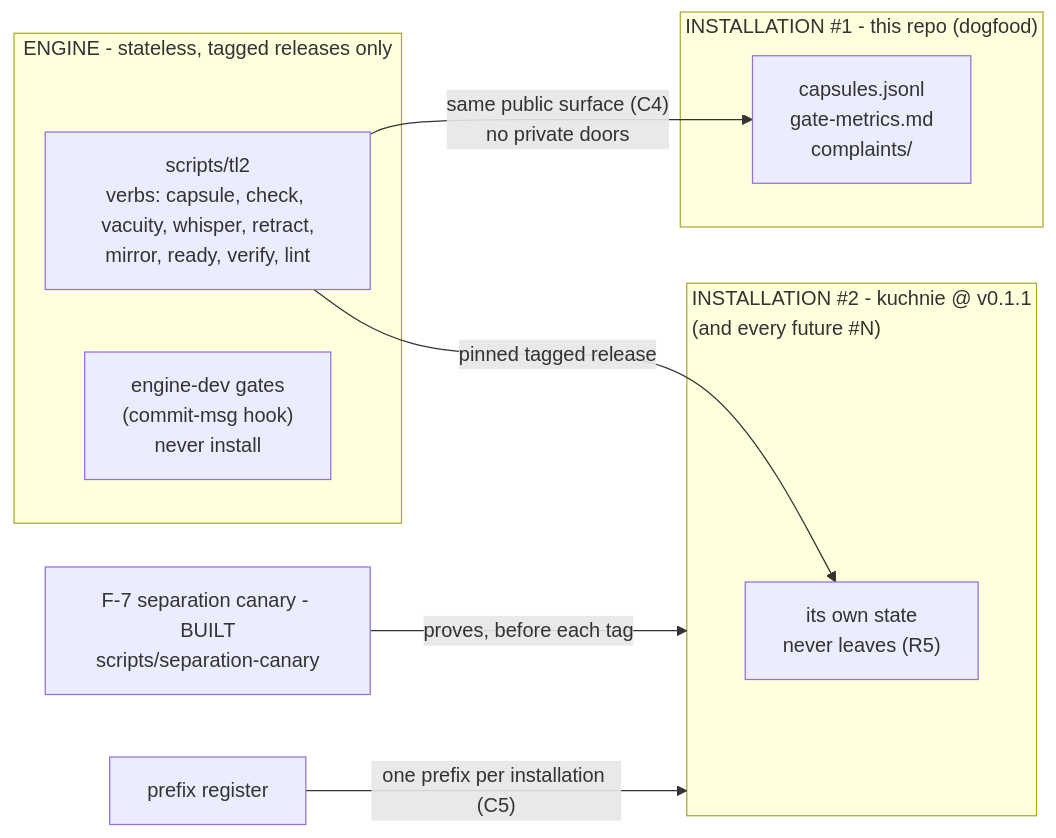
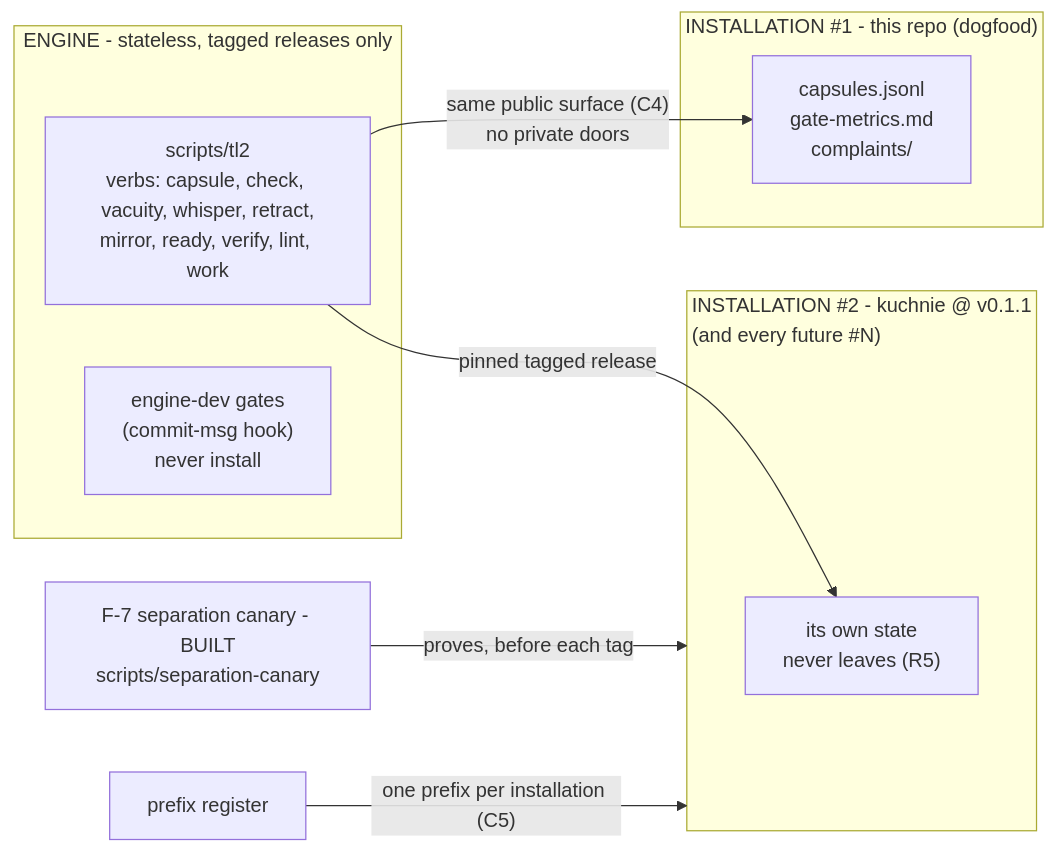
Before and after one commit to m1981/truth-ledger2: the third of 6 diagrams in docs/diagrams.md, drawn with Mermaid.

Commit message:
Engine box: ten verbs (work joins)
Claude-Session: https://claude.ai/code/session_011U5YqLrX5r3YzFXTqT98Mf

````diff
--- a/docs/diagrams.md
+++ b/docs/diagrams.md
@@ -68,17 +68,17 @@
 ```mermaid
 flowchart LR
     subgraph ENGINE["ENGINE - stateless, tagged releases only"]
-        TL2["scripts/tl2<br/>verbs: capsule, check, vacuity, whisper, retract,<br/>mirror, ready, verify, lint"]
+        TL2["scripts/tl2<br/>verbs: capsule, check, vacuity, whisper, retract,<br/>mirror, ready, verify, lint, work"]
         DEVGATES["engine-dev gates<br/>(commit-msg hook)<br/>never install"]
     end
     subgraph INST1["INSTALLATION #1 - this repo (dogfood)"]
         S1["capsules.jsonl<br/>gate-metrics.md<br/>complaints/"]
     end
     subgraph INSTN["INSTALLATION #2 - kuchnie @ v0.1.1<br/>(and every future #N)"]
         SN["its own state<br/>never leaves (R5)"]
     end
     TL2 -- "same public surface (C4)<br/>no private doors" --> S1
     TL2 -- "pinned tagged release" --> SN
     SEP["F-7 separation canary - BUILT<br/>scripts/separation-canary"] -->|"proves, before each tag"| INSTN
     PREFIX["prefix register"] -- "one prefix per installation (C5)" --> INSTN
 ```
````
